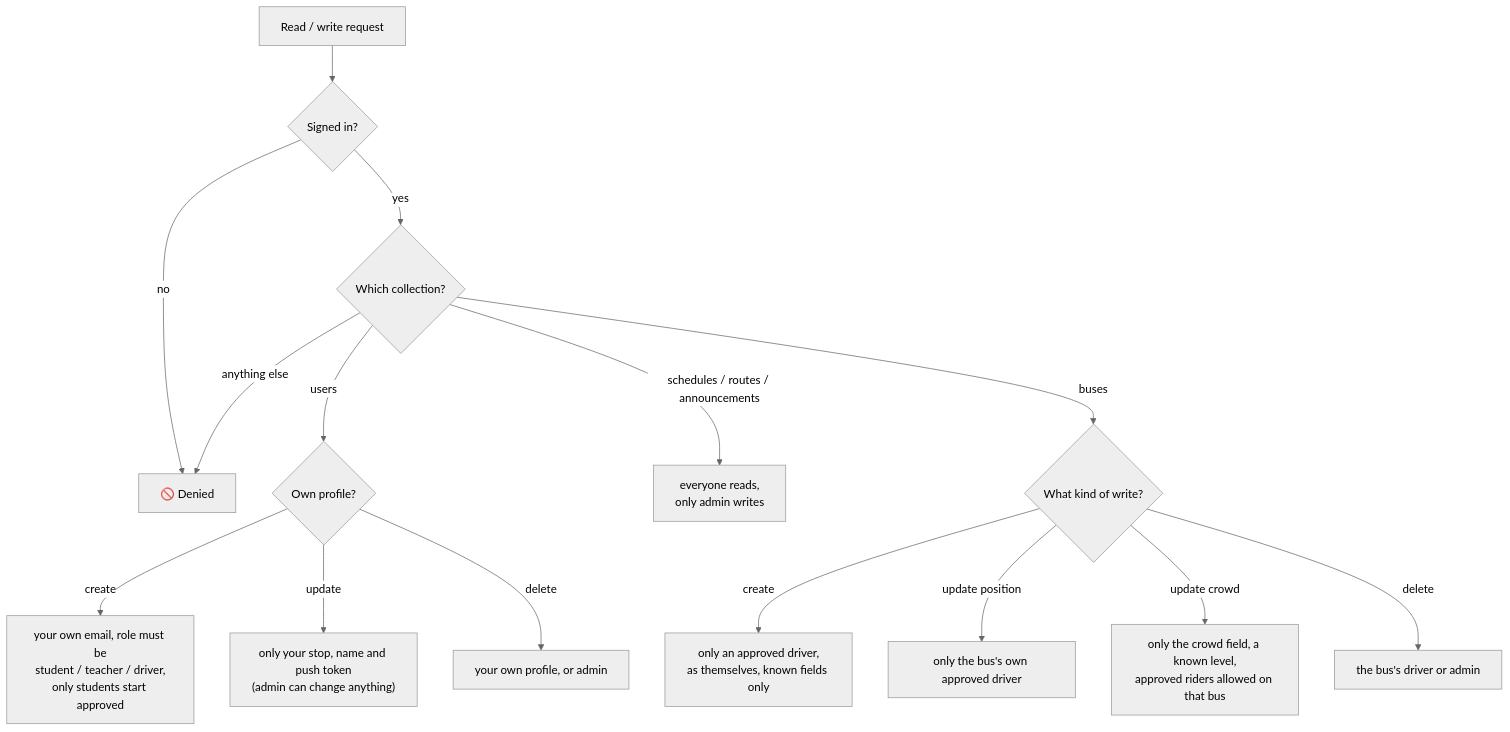
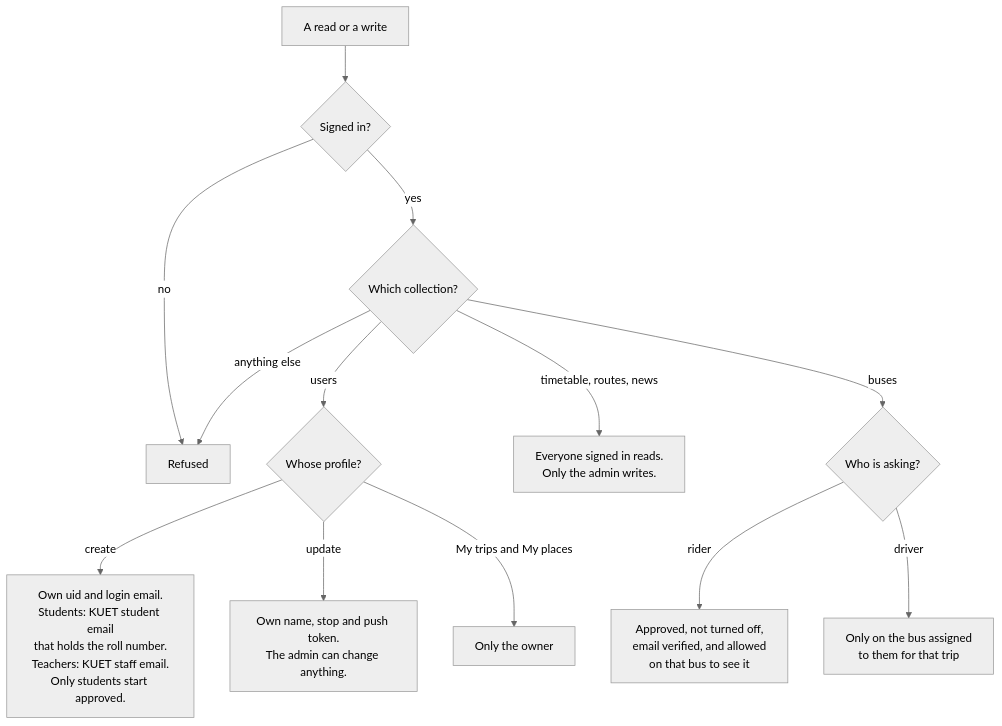
Before and after one commit to shadowfax-505/KUETBusLive: diagram 25 of 34 in README.md, drawn with Mermaid (neutral theme). The commit also changed other lines of this file and 2 other files, not shown here.

First line of the commit message:
Bring the docs up to date with the security sweep and My trips

````diff
--- a/README.md
+++ b/README.md
@@ -1083,21 +1087,19 @@
 ```mermaid
 flowchart TB
-    REQ["Read / write request"] --> SIGNED{"Signed in?"}
-    SIGNED -->|no| DENY["🚫 Denied"]
+    REQ["A read or a write"] --> SIGNED{"Signed in?"}
+    SIGNED -->|no| DENY["Refused"]
     SIGNED -->|yes| WHAT{"Which collection?"}
 
-    WHAT -->|users| U{"Own profile?"}
-    U -->|"create"| UC["your own email, role must be<br/>student / teacher / driver,<br/>only students start approved"]
-    U -->|"update"| UU["only your stop, name and push token<br/>(admin can change anything)"]
-    U -->|"delete"| UD["your own profile, or admin"]
+    WHAT -->|users| U{"Whose profile?"}
+    U -->|create| UC["Own uid and login email.<br/>Students: KUET student email<br/>that holds the roll number.<br/>Teachers: KUET staff email.<br/>Only students start approved."]
+    U -->|update| UU["Own name, stop and push token.<br/>The admin can change anything."]
+    U -->|"My trips and My places"| UP["Only the owner"]
 
-    WHAT -->|"schedules / routes / announcements"| SR["everyone reads,<br/>only admin writes"]
+    WHAT -->|"timetable, routes, news"| SR["Everyone signed in reads.<br/>Only the admin writes."]
 
-    WHAT -->|buses| B{"What kind of write?"}
-    B -->|create| BC["only an approved driver,<br/>as themselves, known fields only"]
-    B -->|"update position"| BU["only the bus's own approved driver"]
-    B -->|"update crowd"| BCR["only the crowd field, a known level,<br/>approved riders allowed on that bus"]
+    WHAT -->|buses| B{"Who is asking?"}
+    B -->|rider| BR["Approved, not turned off,<br/>email verified, and allowed<br/>on that bus to see it"]
+    B -->|driver| BD["Only on the bus assigned<br/>to them for that trip"]
 
     WHAT -->|"anything else"| DENY
-    B -->|delete| BD["the bus's driver or admin"]
 ```
````
